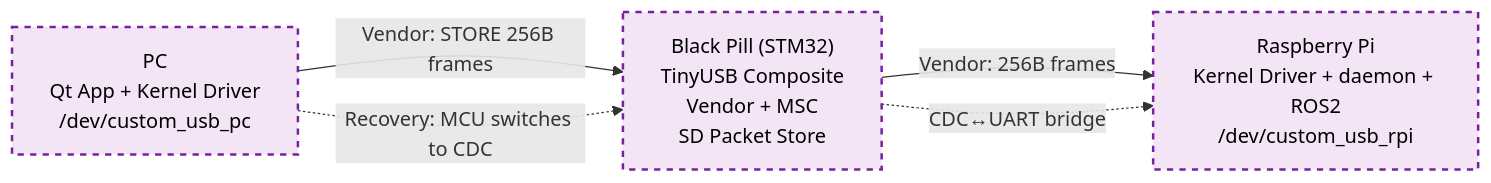
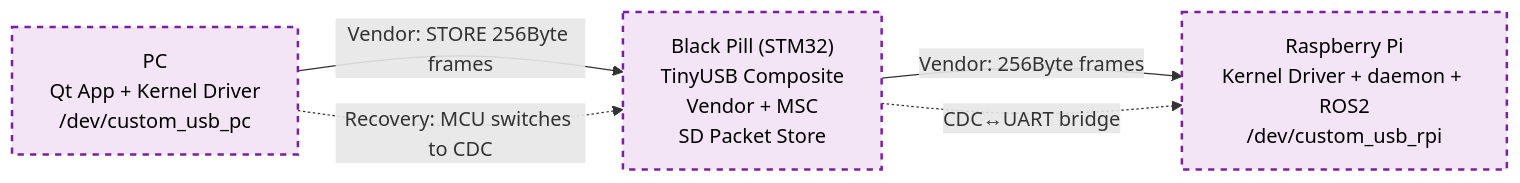
The first of 4 diagrams in README.md (ChangHoiAn/example), drawn with Mermaid before and after one commit. The commit also changed other lines of this file, not shown here.

````diff
--- a/README.md
+++ b/README.md
@@ -39,23 +39,23 @@
 ```mermaid
 %%{init: {"themeVariables": {"fontSize": "16px"}, "flowchart": {"useMaxWidth": true, "nodeSpacing": 45, "rankSpacing": 60, "diagramPadding": 8}}}%%
 flowchart LR
   classDef pc fill:#e3f2fd,stroke:#1565c0,stroke-width:2px,color:black;
   classDef mcu fill:#fff9c4,stroke:#fbc02d,stroke-width:2px,color:black;
   classDef rpi fill:#e8f5e9,stroke:#2e7d32,stroke-width:2px,color:black;
   classDef usb fill:#f3e5f5,stroke:#7b1fa2,stroke-width:2px,stroke-dasharray: 5 5,color:black;
 
   PC["PC<br/>Qt App + Kernel Driver<br/>/dev/custom_usb_pc"]
   MCU["Black Pill (STM32)<br/>TinyUSB Composite<br/>Vendor + MSC<br/>SD Packet Store"]
   RPI["Raspberry Pi<br/>Kernel Driver + daemon + ROS2<br/>/dev/custom_usb_rpi"]
 
-  PC  --> |Vendor: STORE 256B frames| MCU
-  MCU --> |Vendor: 256B frames| RPI
+  PC  --> |Vendor: STORE 256Byte frames| MCU
+  MCU --> |Vendor: 256Byte frames| RPI
 
   PC  -.-> |Recovery: MCU switches to CDC| MCU
   MCU -.-> |CDC↔UART bridge| RPI
 
   class PC pc;
   class MCU mcu;
   class RPI rpi;
   class PC,MCU,RPI usb;
 ```
````
